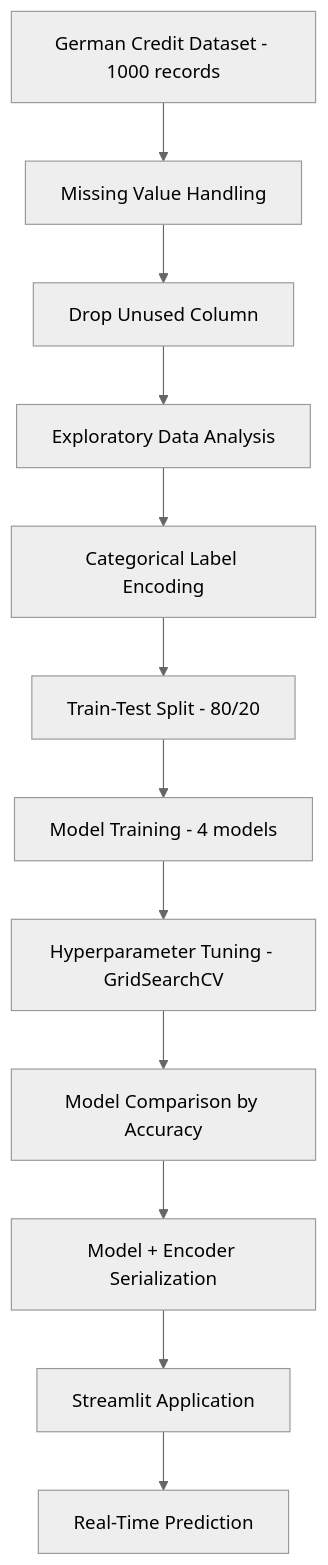
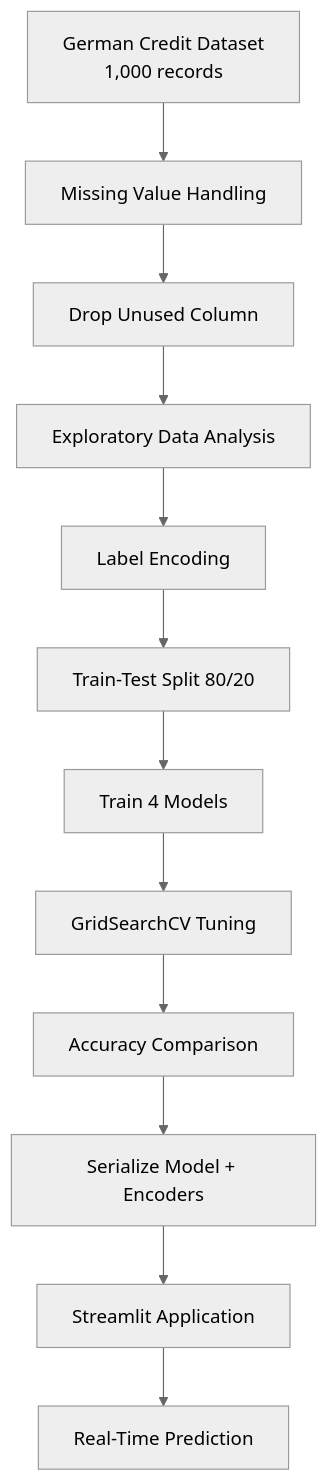
Before and after one commit to harshantla-cloud/CREDIT-RISK-MODELLING: the second of 3 diagrams in README.md, drawn with Mermaid (neutral theme). The commit also changed other lines of this file, not shown here.

````diff
--- a/README.md
+++ b/README.md
@@ -85,14 +88,14 @@
 ```mermaid
 flowchart TD
-    A[German Credit Dataset - 1000 records] --> B[Missing Value Handling]
+    A[German Credit Dataset<br/>1,000 records] --> B[Missing Value Handling]
     B --> C[Drop Unused Column]
     C --> D[Exploratory Data Analysis]
-    D --> E[Categorical Label Encoding]
-    E --> F[Train-Test Split - 80/20]
-    F --> G[Model Training - 4 models]
-    G --> H[Hyperparameter Tuning - GridSearchCV]
-    H --> I[Model Comparison by Accuracy]
-    I --> J[Model + Encoder Serialization]
+    D --> E[Label Encoding]
+    E --> F[Train-Test Split 80/20]
+    F --> G[Train 4 Models]
+    G --> H[GridSearchCV Tuning]
+    H --> I[Accuracy Comparison]
+    I --> J[Serialize Model + Encoders]
     J --> K[Streamlit Application]
     K --> L[Real-Time Prediction]
 ```
````
